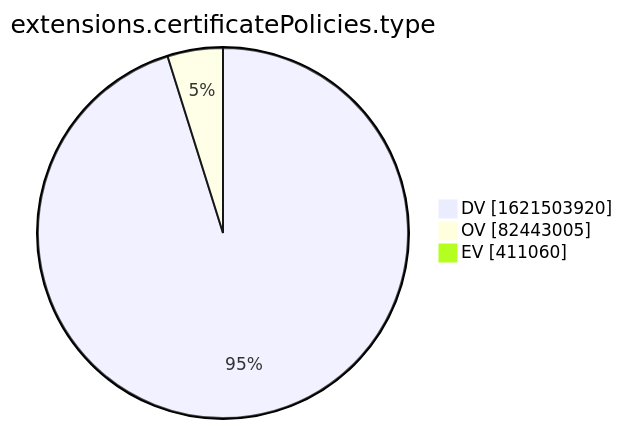
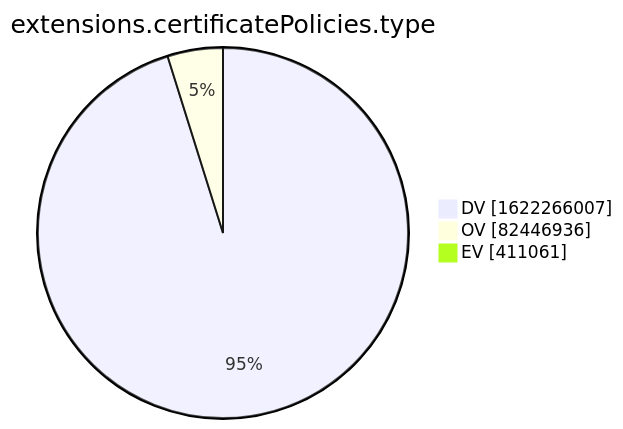
The tenth of 15 diagrams in xenon2022/README.md (christiankrug/ctmonitor_visualization), drawn with Mermaid before and after one commit. The commit also changed other lines of this file, not shown here.

````diff
--- a/xenon2022/README.md
+++ b/xenon2022/README.md
@@ -2878,7 +2878,7 @@
 ```mermaid
 pie showData
 title extensions.certificatePolicies.type
-"DV" :1621503920
-"OV" :82443005
-"EV" :411060
+"DV" :1622266007
+"OV" :82446936
+"EV" :411061
 ```
````
